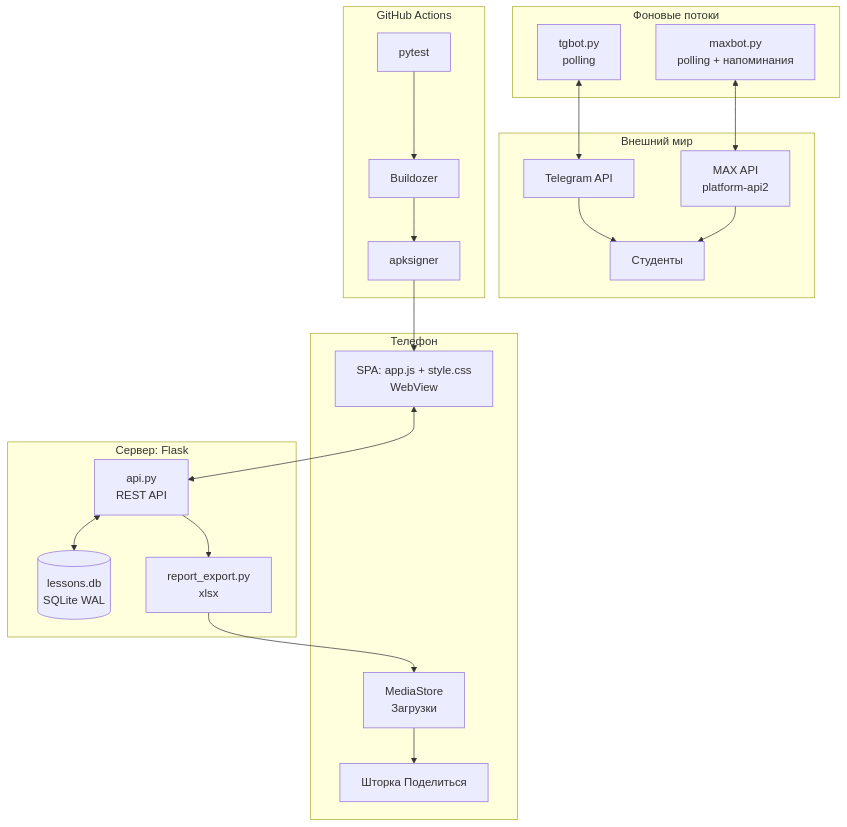
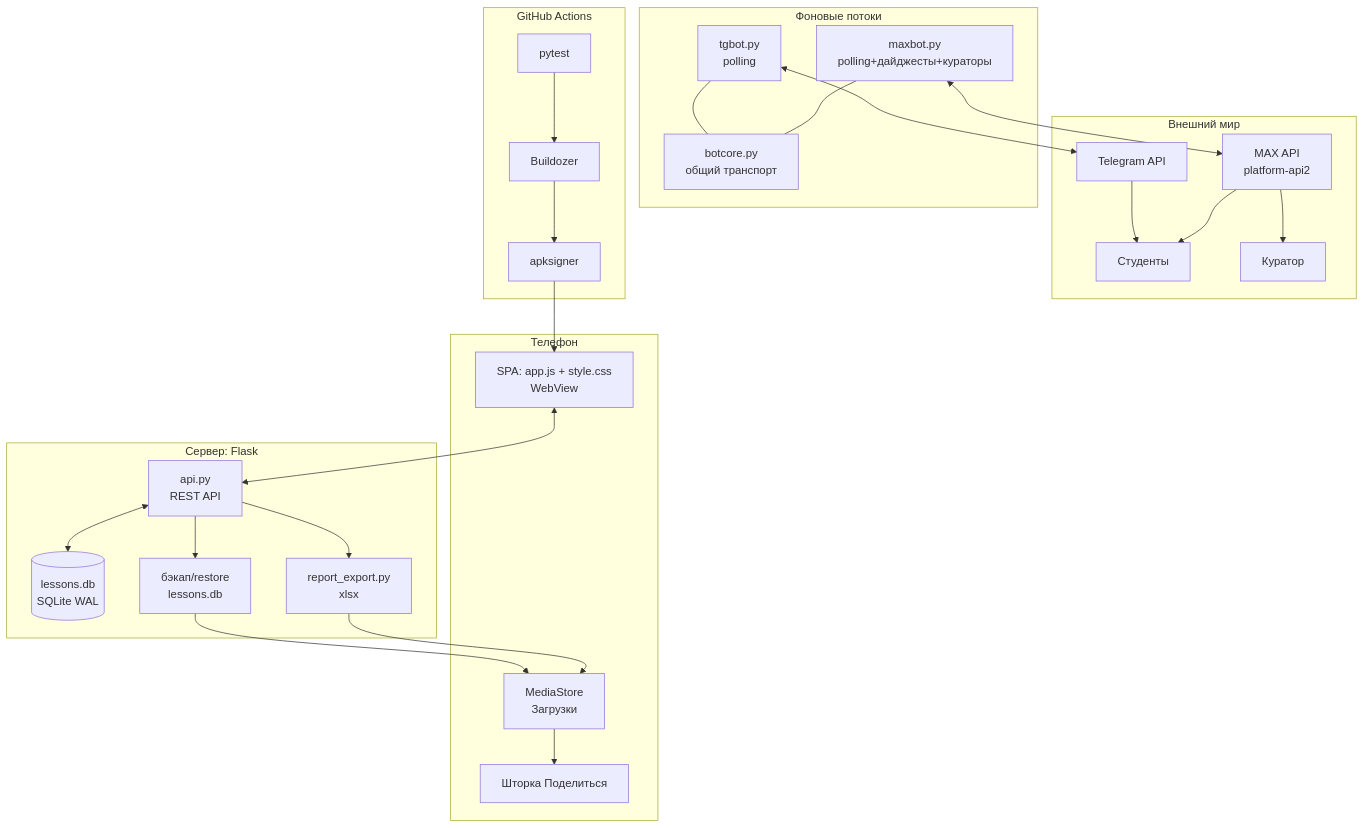
The first of 7 diagrams in docs/DIAGRAMS.md (mifnail/tech), drawn with Mermaid before and after one commit. The commit also changed other lines of this file and 1 other file, not shown here.

Commit message:
docs: refresh README and architecture diagram (bots, curator, backup)

````diff
--- a/docs/DIAGRAMS.md
+++ b/docs/DIAGRAMS.md
@@ -8,39 +8,47 @@
 ```mermaid
 flowchart TB
     subgraph TEL["Телефон"]
         SPA["SPA: app.js + style.css<br>WebView"]
         MS["MediaStore<br>Загрузки"]
         SH["Шторка Поделиться"]
     end
     subgraph SRV["Сервер: Flask"]
         API["api.py<br>REST API"]
         DB[("lessons.db<br>SQLite WAL")]
         EXP["report_export.py<br>xlsx"]
+        BK["бэкап/restore<br>lessons.db"]
     end
     subgraph BG["Фоновые потоки"]
         TG["tgbot.py<br>polling"]
-        MX["maxbot.py<br>polling + напоминания"]
+        MX["maxbot.py<br>polling+дайджесты+кураторы"]
+        BC["botcore.py<br>общий транспорт"]
     end
     subgraph EXT["Внешний мир"]
         TGA["Telegram API"]
         MXA["MAX API<br>platform-api2"]
         ST["Студенты"]
+        CU["Куратор"]
     end
     subgraph CI["GitHub Actions"]
         TST["pytest"]
         BLD["Buildozer"]
         SGN["apksigner"]
     end
     SPA <--> API
     API <--> DB
     API --> EXP
+    API --> BK
+    BK --> MS
     EXP --> MS
     MS --> SH
     TG <--> TGA
     MX <--> MXA
+    TG --- BC
+    MX --- BC
     TGA --> ST
     MXA --> ST
+    MXA --> CU
     TST --> BLD
     BLD --> SGN
     SGN --> SPA
 ```
````
